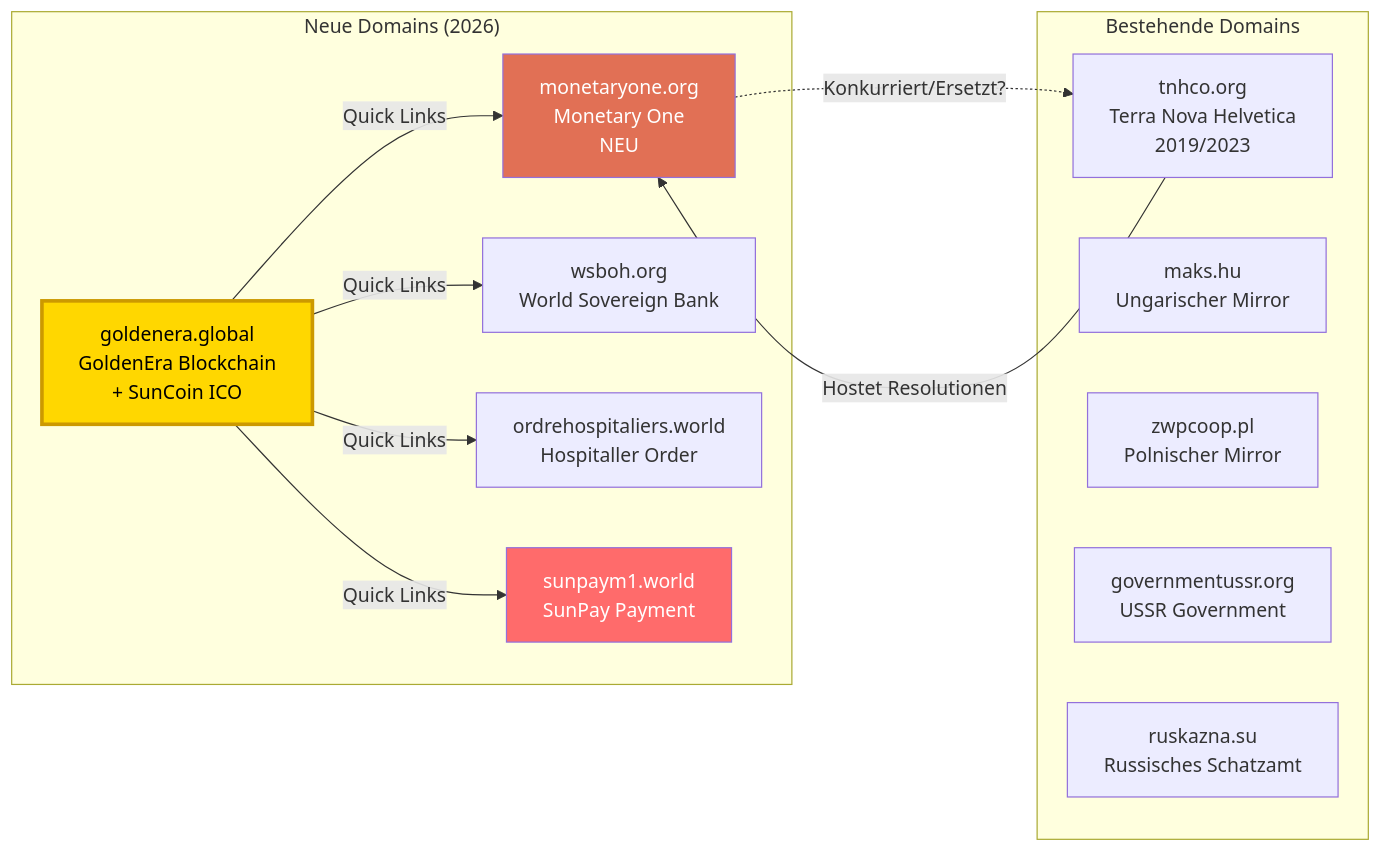
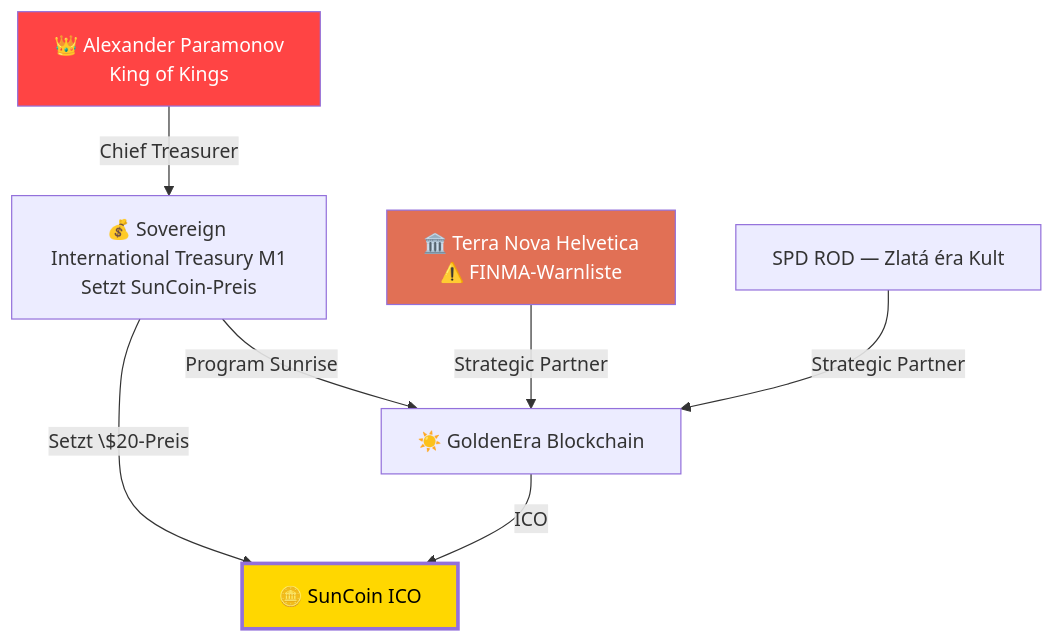
The second of 2 diagrams in analysen/GOLDENERA_GLOBAL.md (researchworldwide2026/tnhco), drawn with Mermaid before and after one commit. The commit also changed other lines of this file, not shown here.

First line of the commit message:
docs: merge whitepaper data into comprehensive GOLDENERA_GLOBAL.md analysis

````diff
--- a/analysen/GOLDENERA_GLOBAL.md
+++ b/analysen/GOLDENERA_GLOBAL.md
@@ -167,29 +88,20 @@
 ```mermaid
-graph LR
-    subgraph "Neue Domains (2026)"
-        GOLDENERA["goldenera.global<br/>GoldenEra Blockchain<br/>+ SunCoin ICO"]
-        M1_ORG["monetaryone.org<br/>Monetary One<br/>NEU"]
-        WSBOH_D["wsboh.org<br/>World Sovereign Bank"]
-        ORDER_D["ordrehospitaliers.world<br/>Hospitaller Order"]
-        SUNPAY_D["sunpaym1.world<br/>SunPay Payment"]
-    end
+graph TB
+    PARAMONOV["👑 Alexander Paramonov<br/>King of Kings"]
+    M1["💰 Sovereign International Treasury M1<br/>Setzt SunCoin-Preis"]
+    TNHCO["🏛️ Terra Nova Helvetica<br/>⚠️ FINMA-Warnliste"]
+    SPD_ROD[" SPD ROD — Zlatá éra Kult"]
+    GOLDENERA["☀️ GoldenEra Blockchain"]
+    SUNCOIN["🪙 SunCoin ICO"]
 
-    subgraph "Bestehende Domains"
-        TNHCO_D["tnhco.org<br/>Terra Nova Helvetica<br/>2019/2023"]
-        MAKS_D["maks.hu<br/>Ungarischer Mirror"]
-        ZWP_D["zwpcoop.pl<br/>Polnischer Mirror"]
-        GOVUSSR["governmentussr.org<br/>USSR Government"]
-        RUSKAZNA["ruskazna.su<br/>Russisches Schatzamt"]
-    end
+    PARAMONOV -->|"Chief Treasurer"| M1
+    M1 -->|"Program Sunrise"| GOLDENERA
+    M1 -->|"Setzt \$20-Preis"| SUNCOIN
+    TNHCO -->|"Strategic Partner"| GOLDENERA
+    SPD_ROD -->|"Strategic Partner"| GOLDENERA
+    GOLDENERA -->|"ICO"| SUNCOIN
 
-    GOLDENERA -->|"Quick Links"| WSBOH_D
-    GOLDENERA -->|"Quick Links"| ORDER_D
-    GOLDENERA -->|"Quick Links"| M1_ORG
-    GOLDENERA -->|"Quick Links"| SUNPAY_D
-    M1_ORG -.->|"Konkurriert/Ersetzt?"| TNHCO_D
-    TNHCO_D -->|"Hostet Resolutionen"| M1_ORG
-
-    style GOLDENERA fill:#ffd700,color:#000,stroke:#cc9900,stroke-width:3px
-    style SUNPAY_D fill:#ff6b6b,color:#fff
-    style M1_ORG fill:#e17055,color:#fff
+    style SUNCOIN fill:#ffd700,color:#000,stroke-width:3px
+    style PARAMONOV fill:#ff4444,color:#fff
+    style TNHCO fill:#e17055,color:#fff
 ```
````
